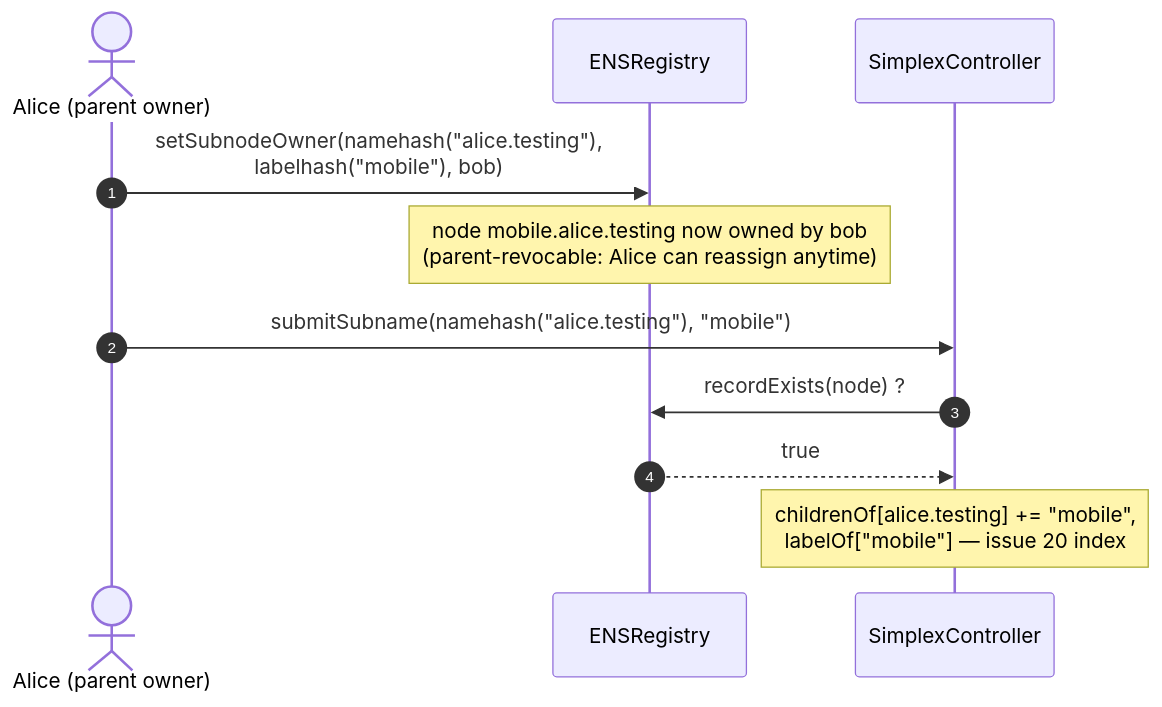
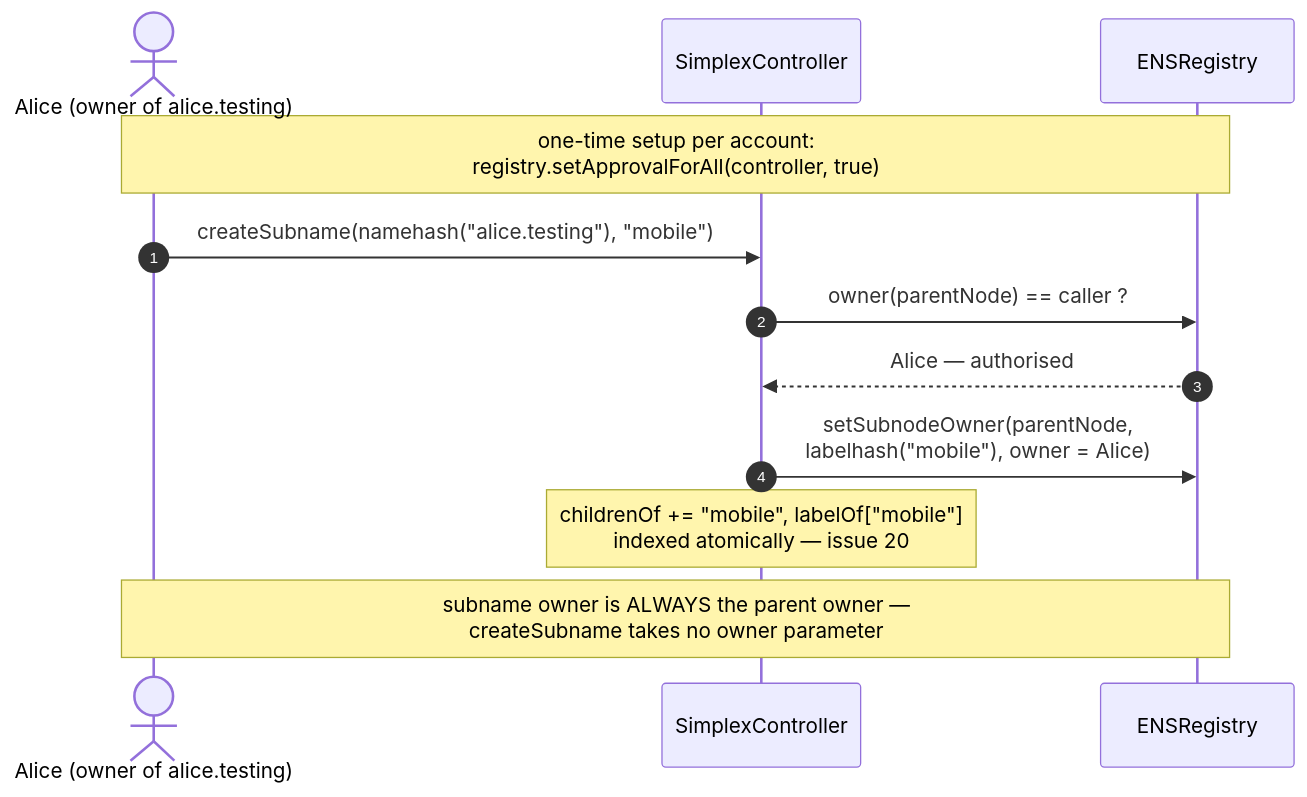
One commit to brenzi/simplex-namespace-contract changed the third of 6 diagrams in docs/sequence-happy-flow.md. Above: the diagram before and after it, drawn with Mermaid. The commit also changed other lines of this file, not shown here.

Commit message:
hard-wire subname ownership. see ens-contracts#21

````diff
--- a/docs/sequence-happy-flow.md
+++ b/docs/sequence-happy-flow.md
@@ -54,14 +54,15 @@
 ```mermaid
 sequenceDiagram
     autonumber
-    actor U as Alice (parent owner)
+    actor U as Alice (owner of alice.testing)
+    participant C as SimplexController
     participant R as ENSRegistry
-    participant C as SimplexController
 
-    U->>R: setSubnodeOwner(namehash("alice.testing"),<br/>labelhash("mobile"), bob)
-    note over R: node mobile.alice.testing now owned by bob<br/>(parent-revocable: Alice can reassign anytime)
-    U->>C: submitSubname(namehash("alice.testing"), "mobile")
-    C->>R: recordExists(node) ?
-    R-->>C: true
-    note over C: childrenOf[alice.testing] += "mobile",<br/>labelOf["mobile"] — issue 20 index
+    note over U,R: one-time setup per account:<br/>registry.setApprovalForAll(controller, true)
+    U->>C: createSubname(namehash("alice.testing"), "mobile")
+    C->>R: owner(parentNode) == caller ?
+    R-->>C: Alice — authorised
+    C->>R: setSubnodeOwner(parentNode,<br/>labelhash("mobile"), owner = Alice)
+    note over C: childrenOf += "mobile", labelOf["mobile"]<br/>indexed atomically — issue 20
+    note over U,R: subname owner is ALWAYS the parent owner —<br/>createSubname takes no owner parameter
 ```
````
